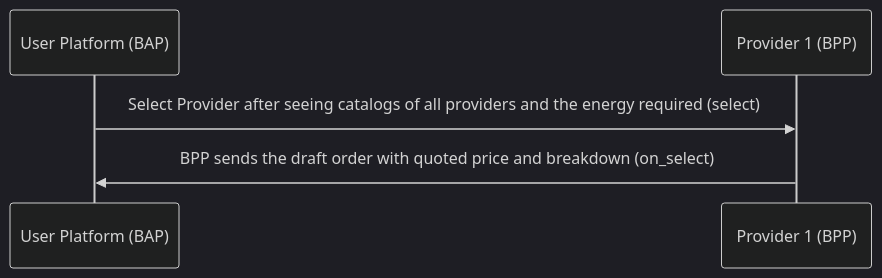
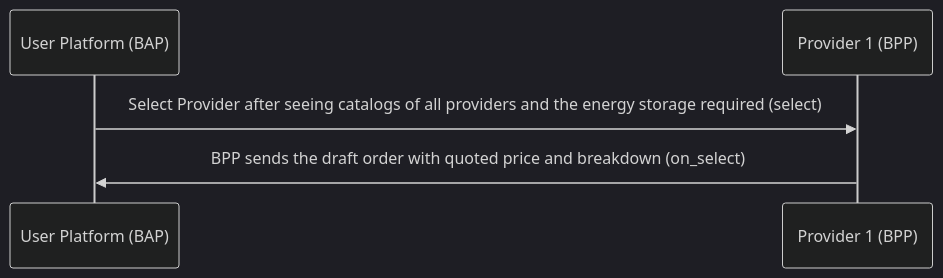
Before and after one commit to Sudheesh2609/DENT-Protocol: the fourth of 8 diagrams in docs/implementation-guides/General_Energy_Transaction_2.md, drawn with Mermaid (dark theme). The commit also changed other lines of this file, not shown here.

Commit message:
Completed General_Energy_Transaction_2.md

````diff
--- a/docs/implementation-guides/General_Energy_Transaction_2.md
+++ b/docs/implementation-guides/General_Energy_Transaction_2.md
@@ -149,5 +151,5 @@
 ```mermaid
    sequenceDiagram
-   User Platform (BAP)->> Provider 1 (BPP): Select Provider after seeing catalogs of all providers and the energy required (select)
+   User Platform (BAP)->> Provider 1 (BPP): Select Provider after seeing catalogs of all providers and the energy storage required (select)
    Provider 1 (BPP)->>User Platform (BAP): BPP sends the draft order with quoted price and breakdown (on_select)
 ```
````
